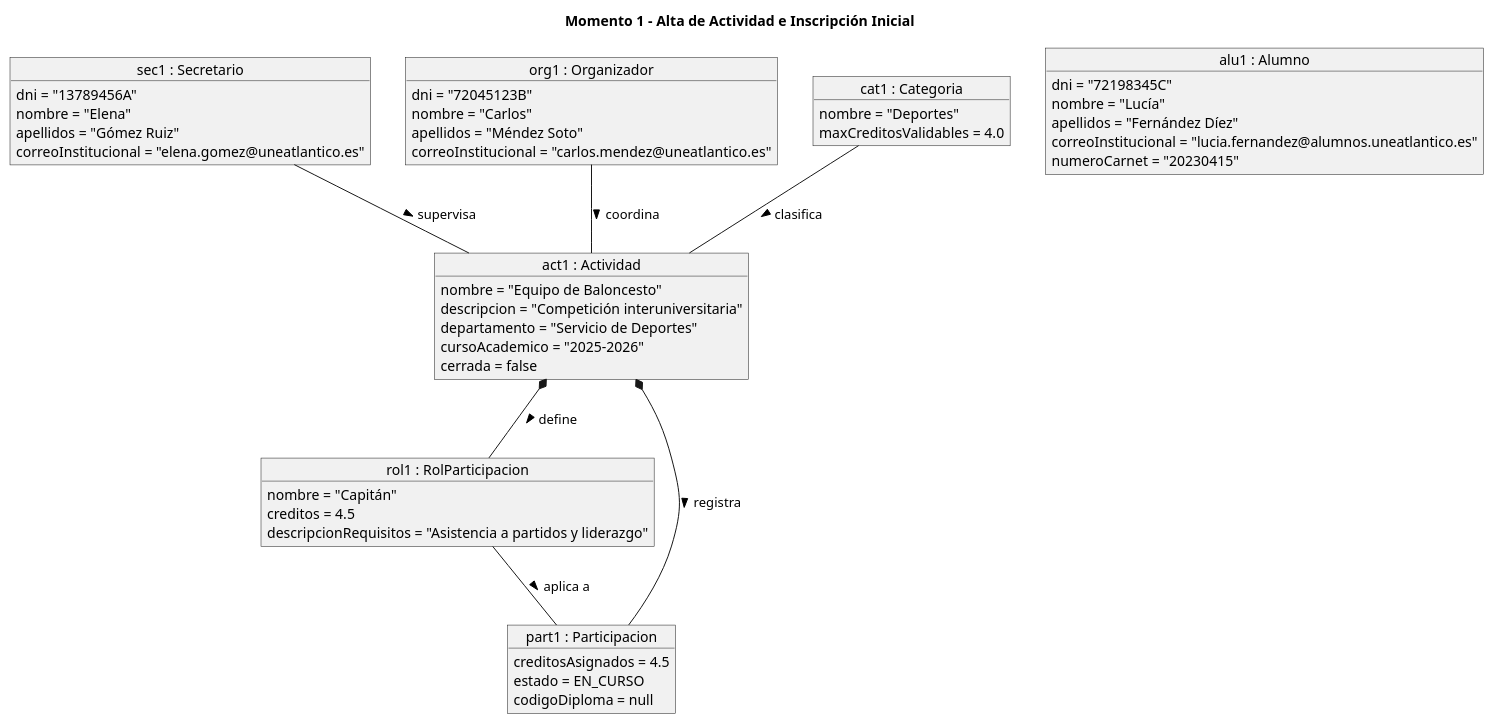
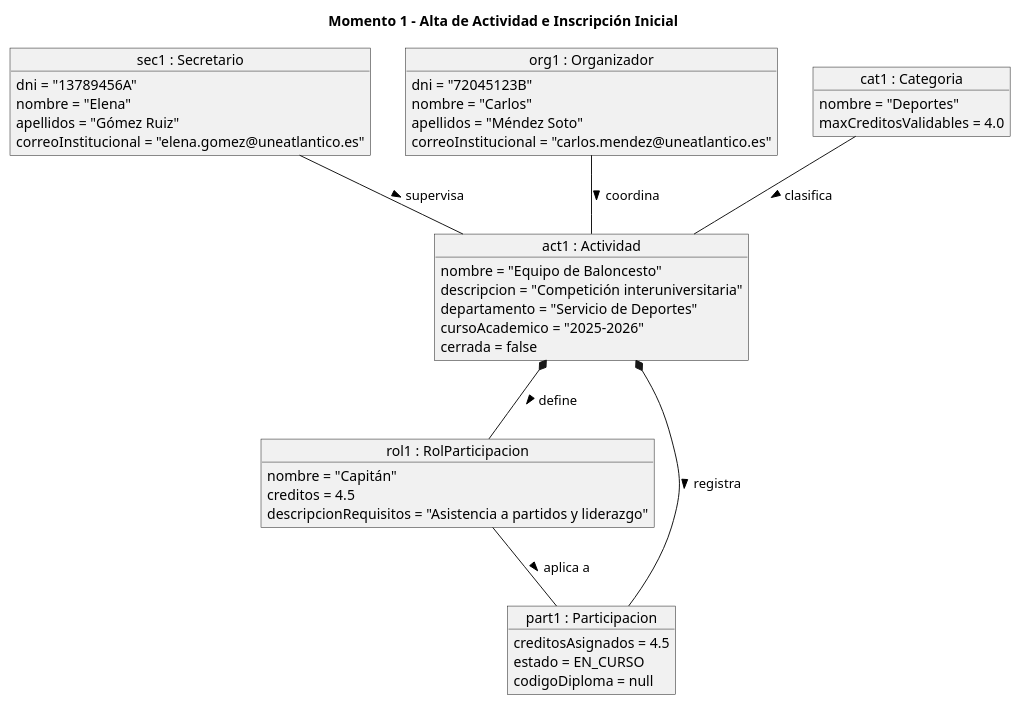
Before and after one commit to SaraVaqueroRelea/26-27-IdSw1-SDR: the diagram in diagramas/diagramaObjetos/diagramaActividadAlta.puml, drawn with PlantUML.

Commit message:
Remove student object from activity diagram

```diff
--- a/diagramas/diagramaObjetos/diagramaActividadAlta.puml
+++ b/diagramas/diagramaObjetos/diagramaActividadAlta.puml
@@ -1,60 +1,53 @@
 @startuml
 title Momento 1 - Alta de Actividad e Inscripción Inicial
 
 skinparam objectAttributeIconSize 0
 
 object "sec1 : Secretario" as sec1 {
   dni = "13789456A"
   nombre = "Elena"
   apellidos = "Gómez Ruiz"
   correoInstitucional = "elena.gomez@uneatlantico.es"
 }
 
 object "org1 : Organizador" as org1 {
   dni = "72045123B"
   nombre = "Carlos"
   apellidos = "Méndez Soto"
   correoInstitucional = "carlos.mendez@uneatlantico.es"
 }
 
 object "cat1 : Categoria" as cat1 {
   nombre = "Deportes"
   maxCreditosValidables = 4.0
 }
 
 object "act1 : Actividad" as act1 {
   nombre = "Equipo de Baloncesto"
   descripcion = "Competición interuniversitaria"
   departamento = "Servicio de Deportes"
   cursoAcademico = "2025-2026"
   cerrada = false
 }
 
 object "rol1 : RolParticipacion" as rol1 {
   nombre = "Capitán"
   creditos = 4.5
   descripcionRequisitos = "Asistencia a partidos y liderazgo"
 }
 
-object "alu1 : Alumno" as alu1 {
-  dni = "72198345C"
-  nombre = "Lucía"
-  apellidos = "Fernández Díez"
-  correoInstitucional = "lucia.fernandez@alumnos.uneatlantico.es"
-  numeroCarnet = "20230415"
-}
 
 object "part1 : Participacion" as part1 {
   creditosAsignados = 4.5
   estado = EN_CURSO
   codigoDiploma = null
 }
 
 cat1 -- act1 : clasifica >
 sec1 -- act1 : supervisa >
 org1 -- act1 : coordina >
 act1 *-- rol1 : define >
 act1 *-- part1 : registra >
 rol1 -- part1 : aplica a >
 
 @enduml
```
